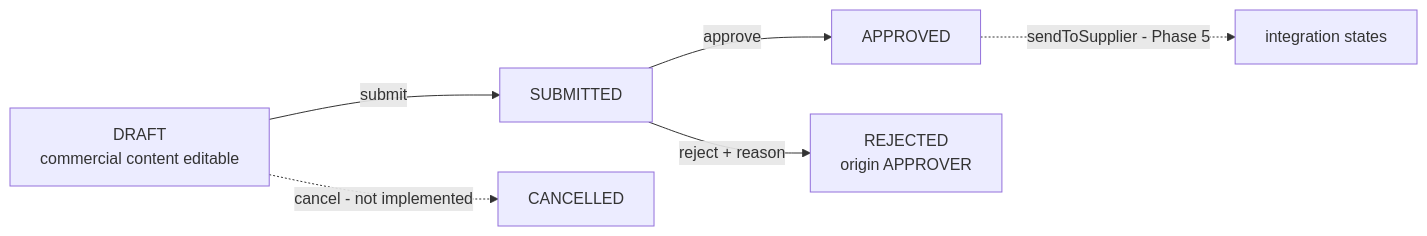
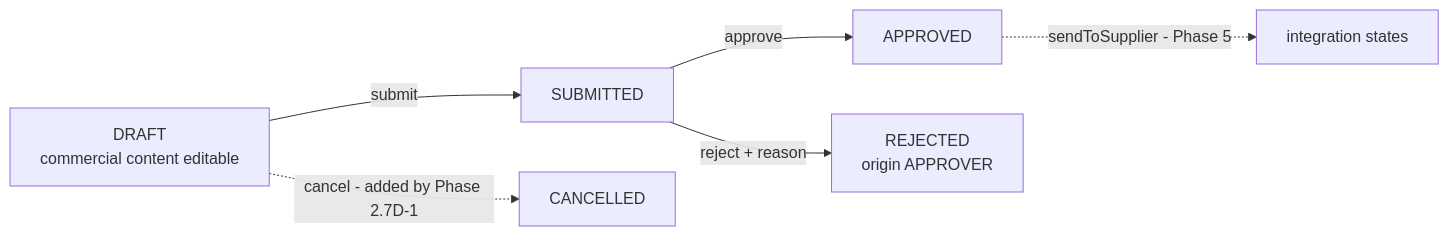
Before and after one commit to joaopedromribeiro/procurement-integration-hub: the diagram in abap-rap/docs/phase-2-7c-approve-reject.md, drawn with Mermaid. The commit also changed other lines of this file and 16 other files, not shown here.

````diff
--- a/abap-rap/docs/phase-2-7c-approve-reject.md
+++ b/abap-rap/docs/phase-2-7c-approve-reject.md
@@ -60,8 +60,8 @@
 ```mermaid
 flowchart LR
     D["DRAFT<br/>commercial content editable"] -->|submit| S["SUBMITTED"]
     S -->|approve| A["APPROVED"]
     S -->|reject + reason| R["REJECTED<br/>origin APPROVER"]
-    D -.->|"cancel - not implemented"| C["CANCELLED"]
+    D -.->|"cancel - added by Phase 2.7D-1"| C["CANCELLED"]
     A -.->|"sendToSupplier - Phase 5"| X["integration states"]
 ```
````
